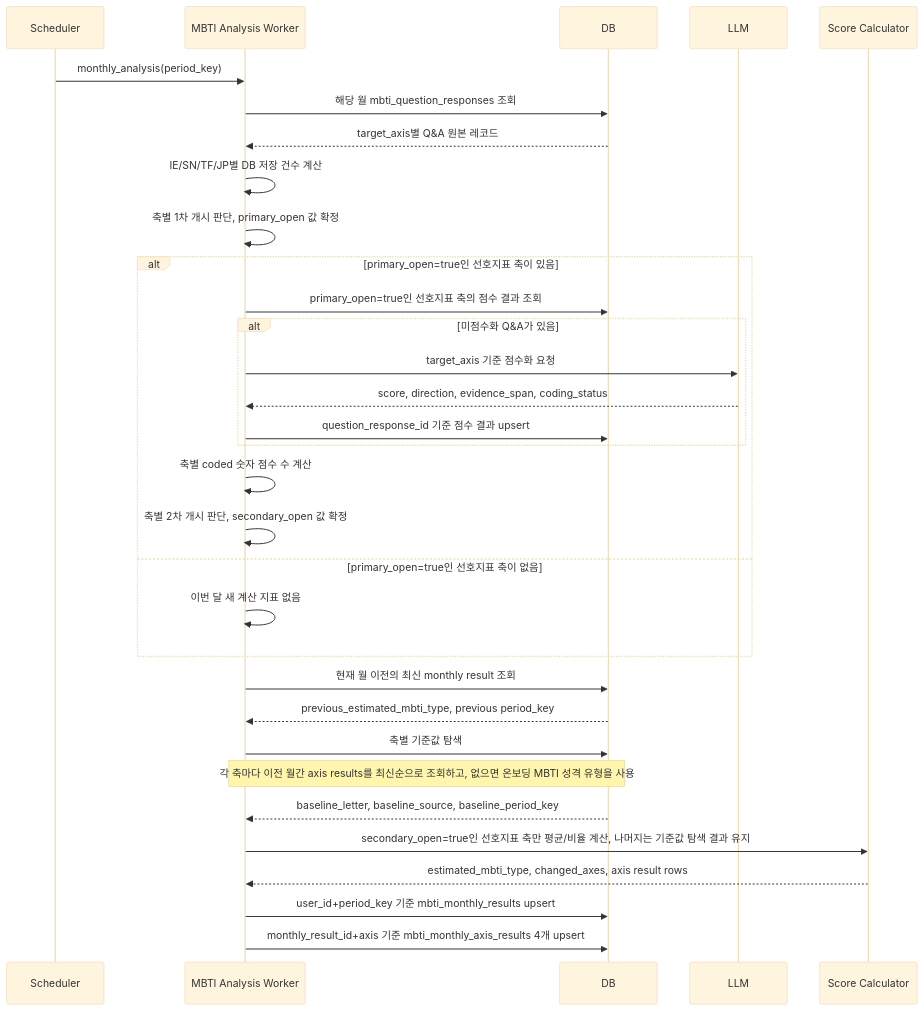
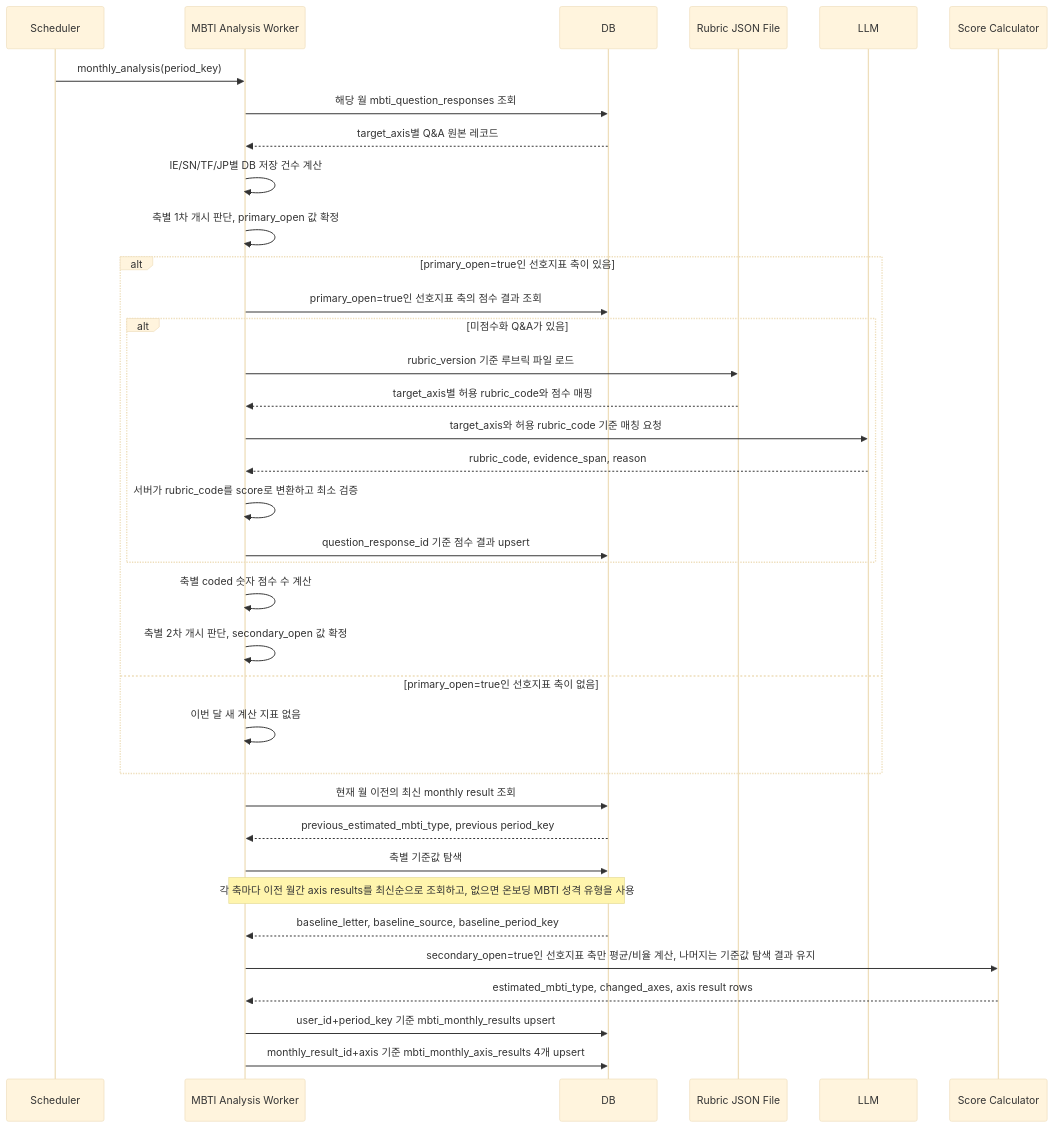
Before and after one commit to SKNETWORKS-FAMILY-AICAMP/SKN27-FINAL-4Team: the sixth of 13 diagrams in docs/한재웅/MBTI_월간성향_및_취향분석_파이프라인_보고서_2안_2번흐름도_selected_letter_리포트직결_양방향반영.md, drawn with Mermaid (base theme). The commit also changed other lines of this file and 41 other files, not shown here.

````diff
--- a/docs/한재웅/MBTI_월간성향_및_취향분석_파이프라인_보고서_2안_2번흐름도_selected_letter_리포트직결_양방향반영.md
+++ b/docs/한재웅/MBTI_월간성향_및_취향분석_파이프라인_보고서_2안_2번흐름도_selected_letter_리포트직결_양방향반영.md
@@ -1670,39 +1699,43 @@
 ```mermaid
 sequenceDiagram
     participant SCH as Scheduler
     participant WORKER as MBTI Analysis Worker
     participant DB as DB
+    participant RUBRIC as Rubric JSON File
     participant LLM as LLM
     participant CALC as Score Calculator
 
     SCH->>WORKER: monthly_analysis(period_key)
     WORKER->>DB: 해당 월 mbti_question_responses 조회
     DB-->>WORKER: target_axis별 Q&A 원본 레코드
     WORKER->>WORKER: IE/SN/TF/JP별 DB 저장 건수 계산
     WORKER->>WORKER: 축별 1차 개시 판단, primary_open 값 확정
 
     alt primary_open=true인 선호지표 축이 있음
         WORKER->>DB: primary_open=true인 선호지표 축의 점수 결과 조회
         alt 미점수화 Q&A가 있음
-            WORKER->>LLM: target_axis 기준 점수화 요청
-            LLM-->>WORKER: score, direction, evidence_span, coding_status
+            WORKER->>RUBRIC: rubric_version 기준 루브릭 파일 로드
+            RUBRIC-->>WORKER: target_axis별 허용 rubric_code와 점수 매핑
+            WORKER->>LLM: target_axis와 허용 rubric_code 기준 매칭 요청
+            LLM-->>WORKER: rubric_code, evidence_span, reason
+            WORKER->>WORKER: 서버가 rubric_code를 score로 변환하고 최소 검증
             WORKER->>DB: question_response_id 기준 점수 결과 upsert
         end
         WORKER->>WORKER: 축별 coded 숫자 점수 수 계산
         WORKER->>WORKER: 축별 2차 개시 판단, secondary_open 값 확정
     else primary_open=true인 선호지표 축이 없음
         WORKER->>WORKER: 이번 달 새 계산 지표 없음
     end
 
     WORKER->>DB: 현재 월 이전의 최신 monthly result 조회
     DB-->>WORKER: previous_estimated_mbti_type, previous period_key
     WORKER->>DB: 축별 기준값 탐색
     Note over WORKER,DB: 각 축마다 이전 월간 axis results를 최신순으로 조회하고, 없으면 온보딩 MBTI 성격 유형을 사용
     DB-->>WORKER: baseline_letter, baseline_source, baseline_period_key
 
     WORKER->>CALC: secondary_open=true인 선호지표 축만 평균/비율 계산, 나머지는 기준값 탐색 결과 유지
     CALC-->>WORKER: estimated_mbti_type, changed_axes, axis result rows
 
     WORKER->>DB: user_id+period_key 기준 mbti_monthly_results upsert
     WORKER->>DB: monthly_result_id+axis 기준 mbti_monthly_axis_results 4개 upsert
 ```
````
